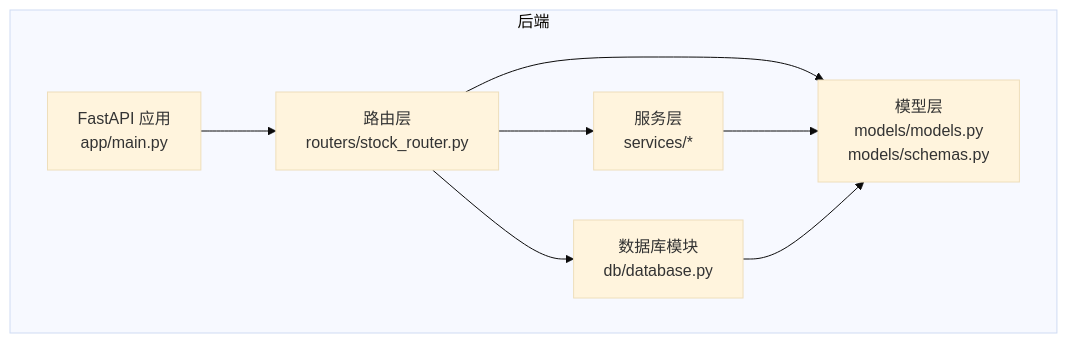
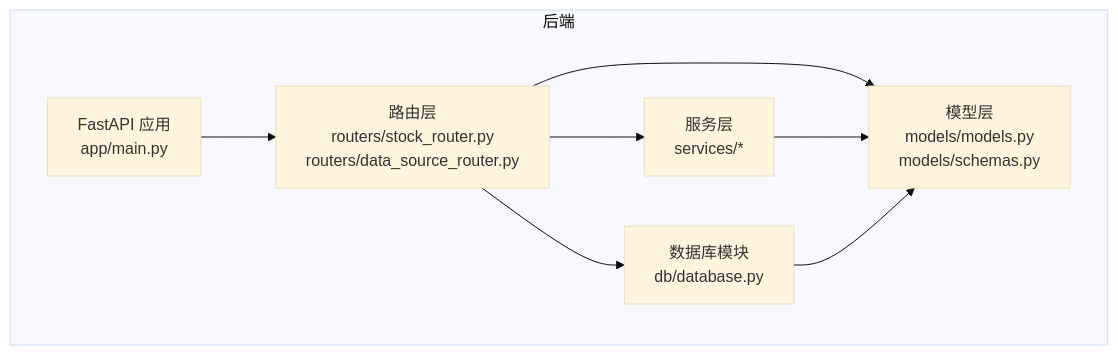
Before and after one commit to Moruime/stock_foker: the first of 4 diagrams in .qoder/repowiki/zh/content/数据模型/数据验证规则.md, drawn with Mermaid (base theme). The commit also changed other lines of this file and 5 other files, not shown here.

First line of the commit message:
feat(data-source): 实现优先级数据源注册表及多项增强机制

````diff
--- a/.qoder/repowiki/zh/content/数据模型/数据验证规则.md
+++ b/.qoder/repowiki/zh/content/数据模型/数据验证规则.md
@@ -38,16 +50,16 @@
 ```mermaid
 graph TB
 subgraph "后端"
 A["FastAPI 应用<br/>app/main.py"]
-B["路由层<br/>routers/stock_router.py"]
+B["路由层<br/>routers/stock_router.py<br/>routers/data_source_router.py"]
 C["数据库模块<br/>db/database.py"]
 D["模型层<br/>models/models.py<br/>models/schemas.py"]
 E["服务层<br/>services/*"]
 end
 A --> B
 B --> C
 B --> D
 B --> E
 E --> D
 C --> D
 ```
````
